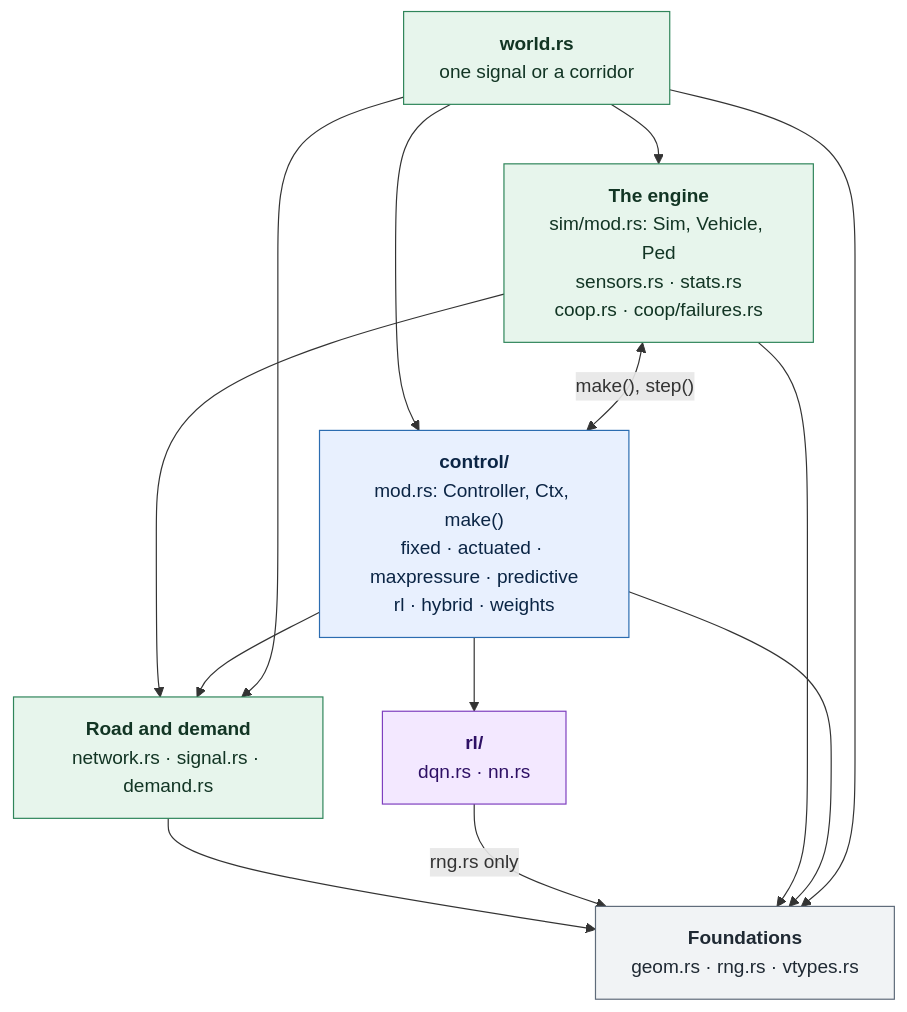
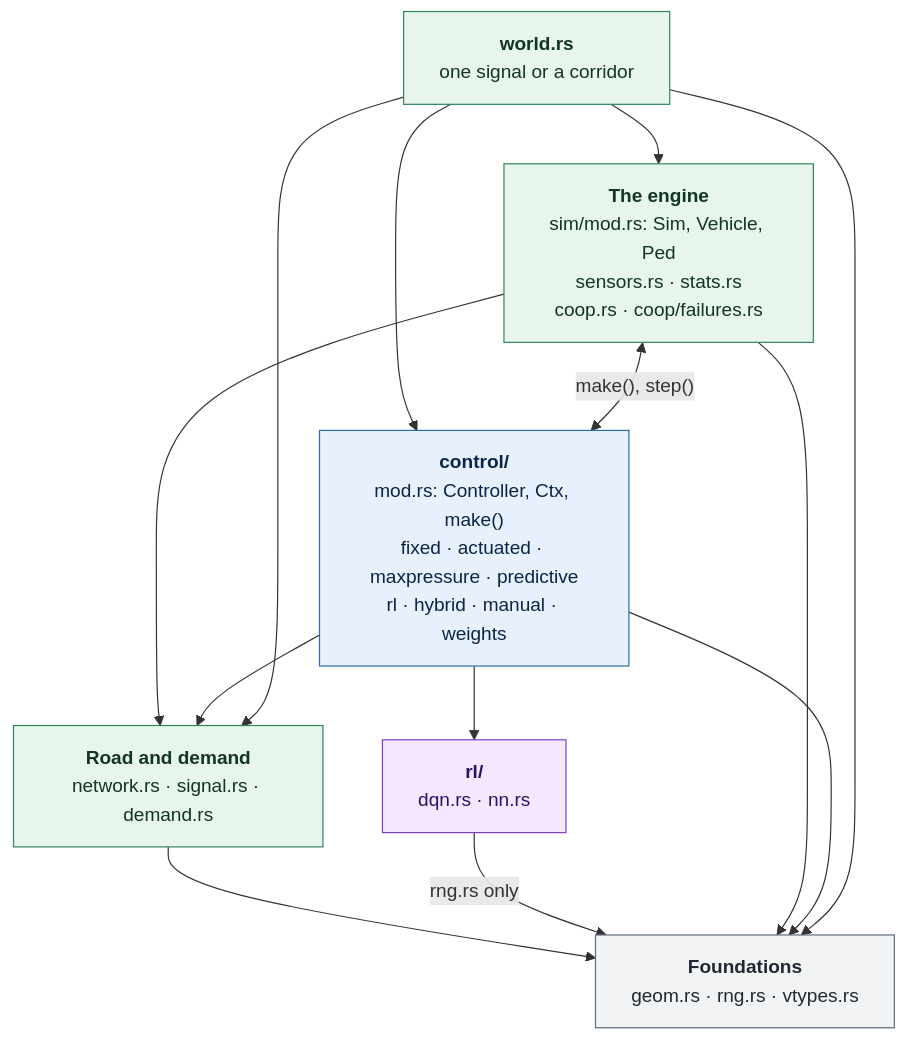
The third of 22 diagrams in docs/architecture.md (schreck61/intersection-lab), drawn with Mermaid before and after one commit. The commit also changed other lines of this file and 18 other files, not shown here.

````diff
--- a/docs/architecture.md
+++ b/docs/architecture.md
@@ -285,29 +294,29 @@
 ```mermaid
 flowchart TB
     world["<b>world.rs</b><br/>one signal or a corridor"]
     ENGINE["<b>The engine</b><br/>sim/mod.rs: Sim, Vehicle, Ped<br/>sensors.rs · stats.rs<br/>coop.rs · coop/failures.rs"]
-    CONTROL["<b>control/</b><br/>mod.rs: Controller, Ctx, make()<br/>fixed · actuated · maxpressure · predictive<br/>rl · hybrid · weights"]
+    CONTROL["<b>control/</b><br/>mod.rs: Controller, Ctx, make()<br/>fixed · actuated · maxpressure · predictive<br/>rl · hybrid · manual · weights"]
     RLM["<b>rl/</b><br/>dqn.rs · nn.rs"]
     MODEL["<b>Road and demand</b><br/>network.rs · signal.rs · demand.rs"]
     BASE["<b>Foundations</b><br/>geom.rs · rng.rs · vtypes.rs"]
     world --> ENGINE
     world --> CONTROL
     ENGINE <-->|"make(), step()"| CONTROL
     CONTROL --> RLM
     ENGINE --> MODEL
     CONTROL --> MODEL
     world --> MODEL
     MODEL --> BASE
     RLM -->|"rng.rs only"| BASE
     ENGINE --> BASE
     CONTROL --> BASE
     world --> BASE
     classDef sim fill:#e7f5ec,stroke:#2f855a,color:#123524
     classDef ctrl fill:#e8f0fe,stroke:#2b6cb0,color:#0b2545
     classDef rl fill:#f3e8ff,stroke:#7e3fbf,color:#2e1065
     classDef data fill:#f1f3f5,stroke:#5f6b7a,color:#1f2933
     class world,ENGINE,MODEL sim
     class CONTROL ctrl
     class RLM rl
     class BASE data
 ```
````
